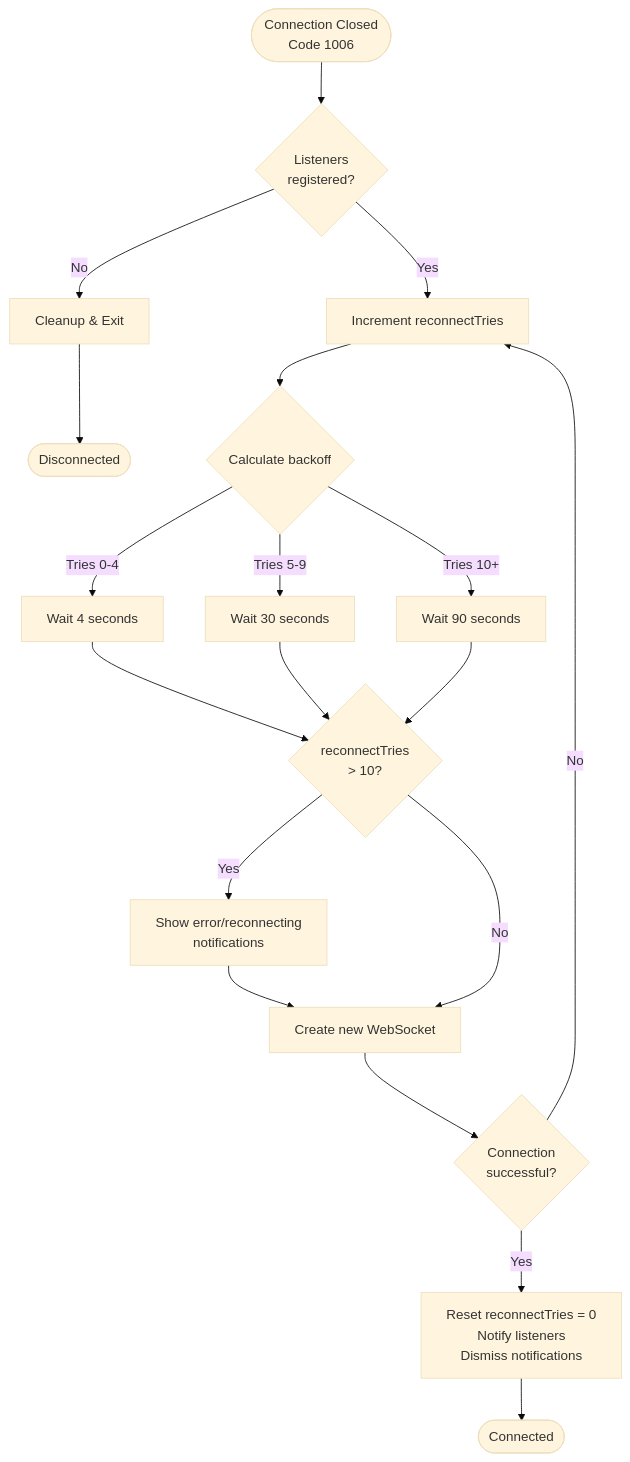
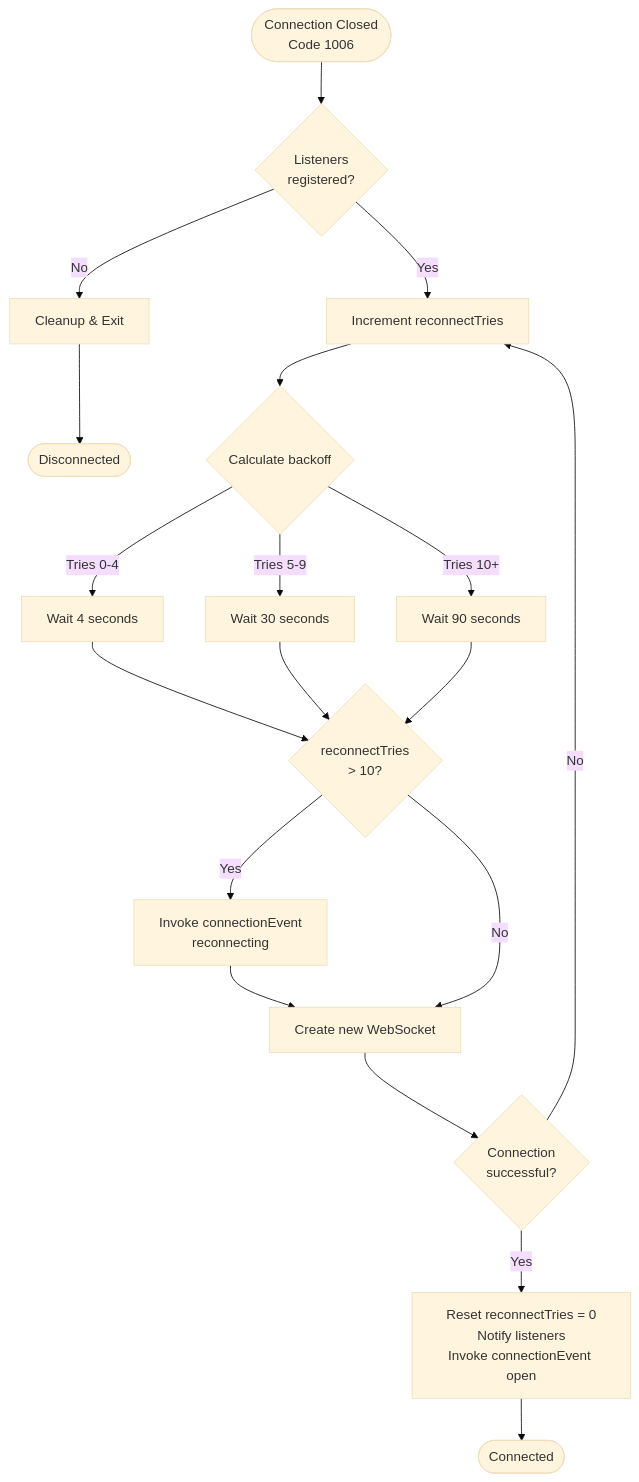
The seventh of 10 diagrams in src/lib/WEBSOCKET_CONNECTION.md (max-troost-io/use-websockets), drawn with Mermaid (base theme) before and after one commit. The commit also changed other lines of this file and 25 other files, not shown here.

Commit message:
Remove CHART.md file, update README with new message format and features, and refactor WebSocket connection handling by removing notistack dependency for notifications. Enhance helper functions and improve type definitions for better clarity and usability.

````diff
--- a/src/lib/WEBSOCKET_CONNECTION.md
+++ b/src/lib/WEBSOCKET_CONNECTION.md
@@ -325,28 +335,28 @@
 ```mermaid
 flowchart TD
     Start([Connection Closed<br/>Code 1006]) --> CheckListeners{Listeners<br/>registered?}
 
     CheckListeners -->|No| Cleanup[Cleanup & Exit]
     CheckListeners -->|Yes| Increment[Increment reconnectTries]
 
     Increment --> CalcBackoff{Calculate backoff}
 
     CalcBackoff -->|Tries 0-4| Wait4[Wait 4 seconds]
     CalcBackoff -->|Tries 5-9| Wait30[Wait 30 seconds]
     CalcBackoff -->|Tries 10+| Wait90[Wait 90 seconds]
 
     Wait4 --> CheckNotify{reconnectTries<br/>> 10?}
     Wait30 --> CheckNotify
     Wait90 --> CheckNotify
 
-    CheckNotify -->|Yes| ShowNotifications[Show error/reconnecting<br/>notifications]
+    CheckNotify -->|Yes| InvokeCallback[Invoke connectionEvent<br/>reconnecting]
     CheckNotify -->|No| Reconnect
-    ShowNotifications --> Reconnect[Create new WebSocket]
+    InvokeCallback --> Reconnect[Create new WebSocket]
 
     Reconnect --> Success{Connection<br/>successful?}
-    Success -->|Yes| Reset[Reset reconnectTries = 0<br/>Notify listeners<br/>Dismiss notifications]
+    Success -->|Yes| Reset[Reset reconnectTries = 0<br/>Notify listeners<br/>Invoke connectionEvent open]
     Success -->|No| Increment
 
     Reset --> End([Connected])
     Cleanup --> End2([Disconnected])
 ```
````
